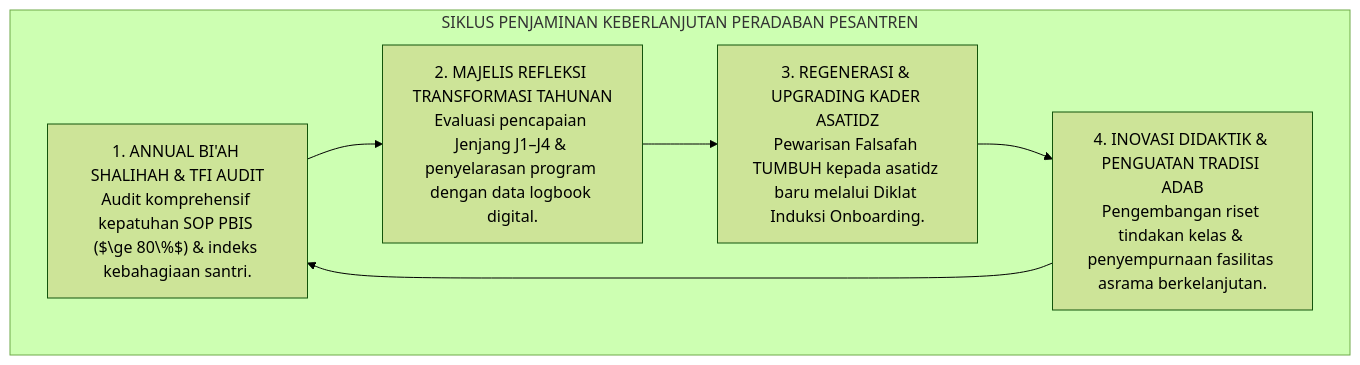
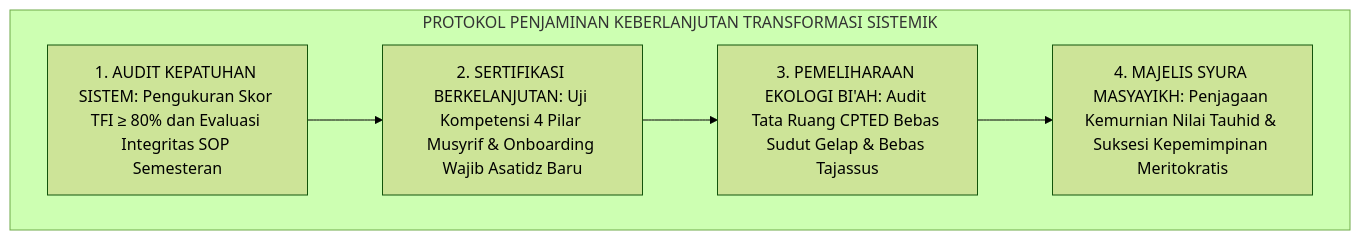
The fourth of 4 diagrams in 01 Philosophy/06 Change/P1-06-07-Sintesis-Dinamika-Perubahan-TUMBUH.md (wandiapriliyandi/tumbuh), drawn with Mermaid (forest theme) before and after one commit. The commit also changed other lines of this file and 7 other files, not shown here.

````diff
--- a/01 Philosophy/06 Change/P1-06-07-Sintesis-Dinamika-Perubahan-TUMBUH.md
+++ b/01 Philosophy/06 Change/P1-06-07-Sintesis-Dinamika-Perubahan-TUMBUH.md
@@ -175,14 +184,9 @@
 ```mermaid
 flowchart TD
-    subgraph SiklusKeberlanjutanPeradaban["SIKLUS PENJAMINAN KEBERLANJUTAN PERADABAN PESANTREN"]
-        AuditBudaya["1. ANNUAL BI'AH SHALIHAH & TFI AUDIT<br/>Audit komprehensif kepatuhan SOP PBIS ($\ge 80\%$) & indeks kebahagiaan santri."]
-        
-        RefleksiTahunan["2. MAJELIS REFLEKSI TRANSFORMASI TAHUNAN<br/>Evaluasi pencapaian Jenjang J1–J4 & penyelarasan program dengan data logbook digital."]
-        
-        KaderisasiPendidik["3. REGENERASI & UPGRADING KADER ASATIDZ<br/>Pewarisan Falsafah TUMBUH kepada asatidz baru melalui Diklat Induksi Onboarding."]
-        
-        InovasiBerkelanjutan["4. INOVASI DIDAKTIK & PENGUATAN TRADISI ADAB<br/>Pengembangan riset tindakan kelas & penyempurnaan fasilitas asrama berkelanjutan."]
-        
-        AuditBudaya --> RefleksiTahunan --> KaderisasiPendidik --> InovasiBerkelanjutan --> AuditBudaya
+    subgraph ProtokolKeberlanjutanPeradaban["PROTOKOL PENJAMINAN KEBERLANJUTAN TRANSFORMASI SISTEMIK"]
+        AuditKepatuhan["1. AUDIT KEPATUHAN SISTEM: Pengukuran Skor TFI ≥ 80% dan Evaluasi Integritas SOP Semesteran"]
+        --> SertifikasiSDM["2. SERTIFIKASI BERKELANJUTAN: Uji Kompetensi 4 Pilar Musyrif & Onboarding Wajib Asatidz Baru"]
+        --> PemeliharaanFisik["3. PEMELIHARAAN EKOLOGI BI'AH: Audit Tata Ruang CPTED Bebas Sudut Gelap & Bebas Tajassus"]
+        --> MajelisSyuraKolektif["4. MAJELIS SYURA MASYAYIKH: Penjagaan Kemurnian Nilai Tauhid & Suksesi Kepemimpinan Meritokratis"]
     end
 ```
````
